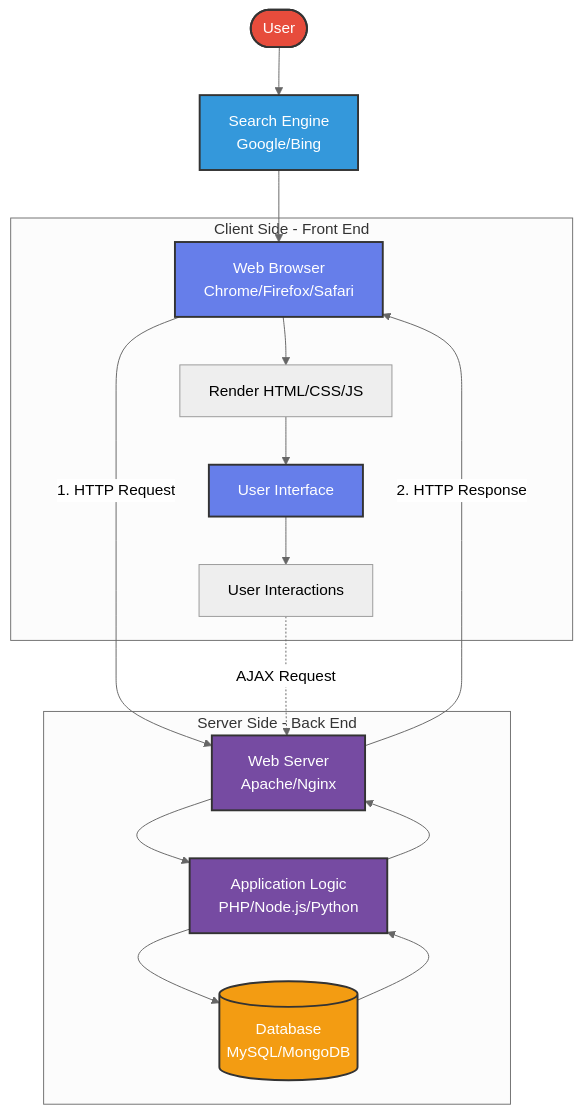
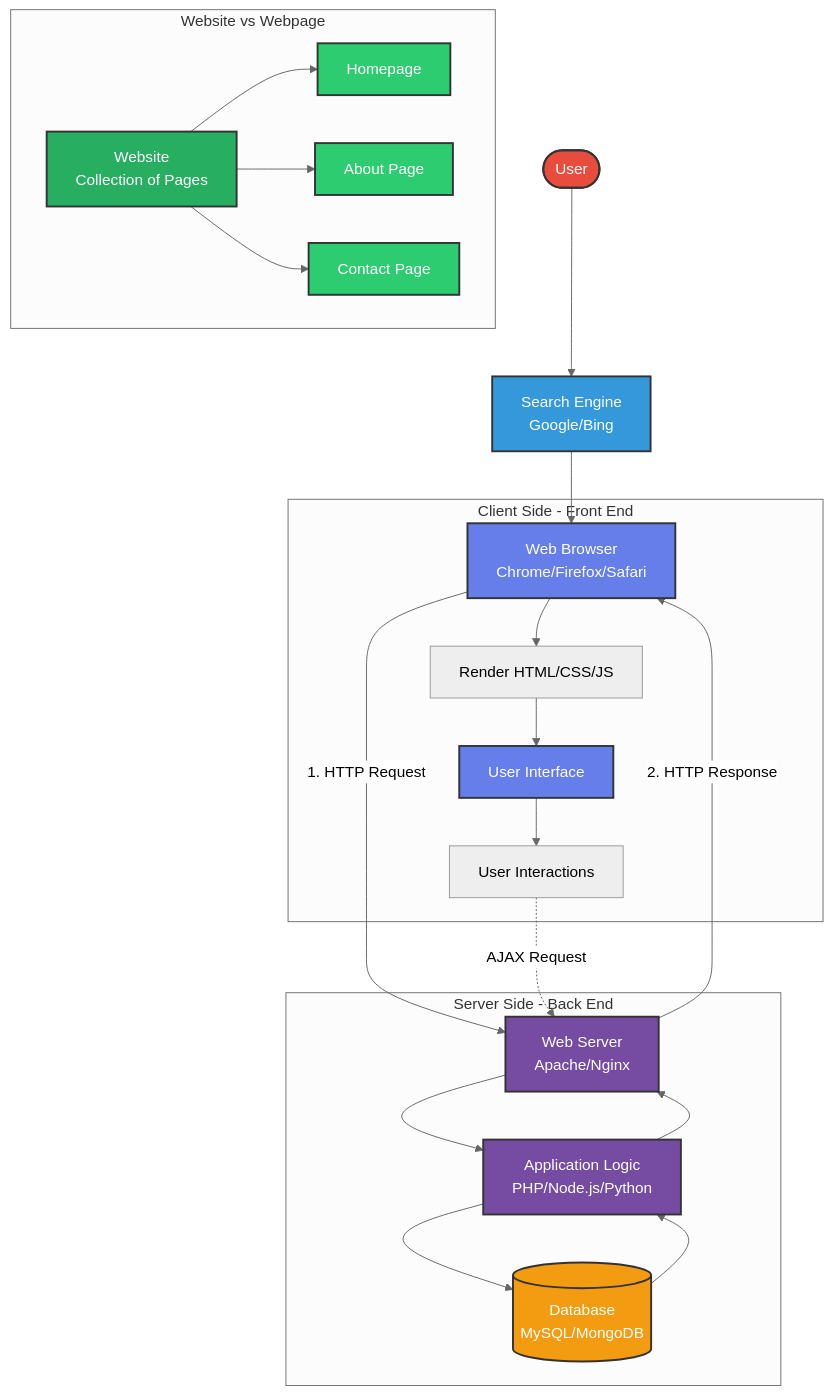
One commit to Headboy5/Level-3 changed the diagram in Week 11/Thursday - Web Dev/main.md. Above: the diagram before and after it, drawn with Mermaid (neutral theme). The commit also changed other lines of this file, not shown here.

Commit message:
feat: add website structure to mermaid diagram

````diff
--- a/Week 11/Thursday - Web Dev/main.md
+++ b/Week 11/Thursday - Web Dev/main.md
@@ -3,33 +3,44 @@
 ```mermaid
 graph TB
     User([User]) --> SearchEngine[Search Engine<br/>Google/Bing]
     SearchEngine --> Browser[Web Browser<br/>Chrome/Firefox/Safari]
     
     Browser -->|1. HTTP Request| WebServer
+    
+    subgraph "Website vs Webpage"
+        Website[Website<br/>Collection of Pages]
+        Website --> Page1[Homepage]
+        Website --> Page2[About Page]
+        Website --> Page3[Contact Page]
+    end
     
     subgraph "Client Side - Front End"
         Browser
         Browser --> Render[Render HTML/CSS/JS]
         Render --> UI[User Interface]
         UI --> Interact[User Interactions]
     end
     
     subgraph "Server Side - Back End"
         WebServer[Web Server<br/>Apache/Nginx]
         WebServer --> App[Application Logic<br/>PHP/Node.js/Python]
         App --> DB[(Database<br/>MySQL/MongoDB)]
         DB --> App
         App --> WebServer
     end
     
     WebServer -->|2. HTTP Response| Browser
     Interact -.->|AJAX Request| WebServer
     
     style User fill:#e74c3c,stroke:#333,stroke-width:2px,color:#fff
     style SearchEngine fill:#3498db,stroke:#333,stroke-width:2px,color:#fff
     style Browser fill:#667eea,stroke:#333,stroke-width:2px,color:#fff
     style UI fill:#667eea,stroke:#333,stroke-width:2px,color:#fff
     style WebServer fill:#764ba2,stroke:#333,stroke-width:2px,color:#fff
     style App fill:#764ba2,stroke:#333,stroke-width:2px,color:#fff
     style DB fill:#f39c12,stroke:#333,stroke-width:2px,color:#fff
+    style Website fill:#27ae60,stroke:#333,stroke-width:2px,color:#fff
+    style Page1 fill:#2ecc71,stroke:#333,stroke-width:2px,color:#fff
+    style Page2 fill:#2ecc71,stroke:#333,stroke-width:2px,color:#fff
+    style Page3 fill:#2ecc71,stroke:#333,stroke-width:2px,color:#fff
 ```
````
